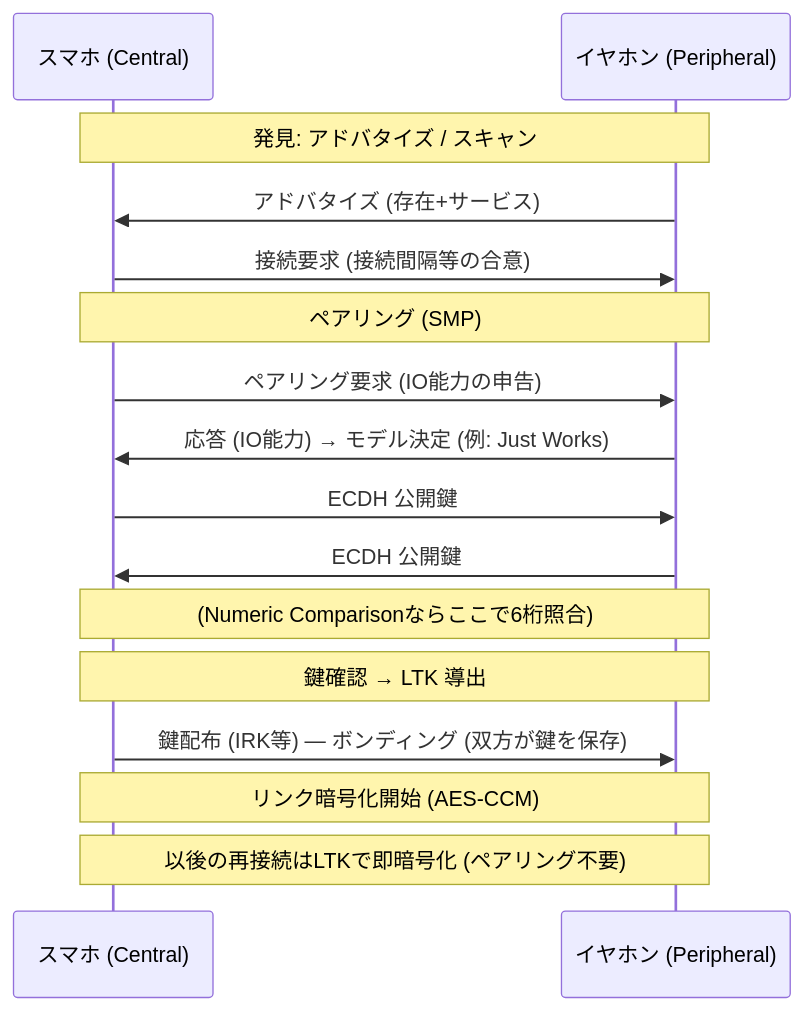
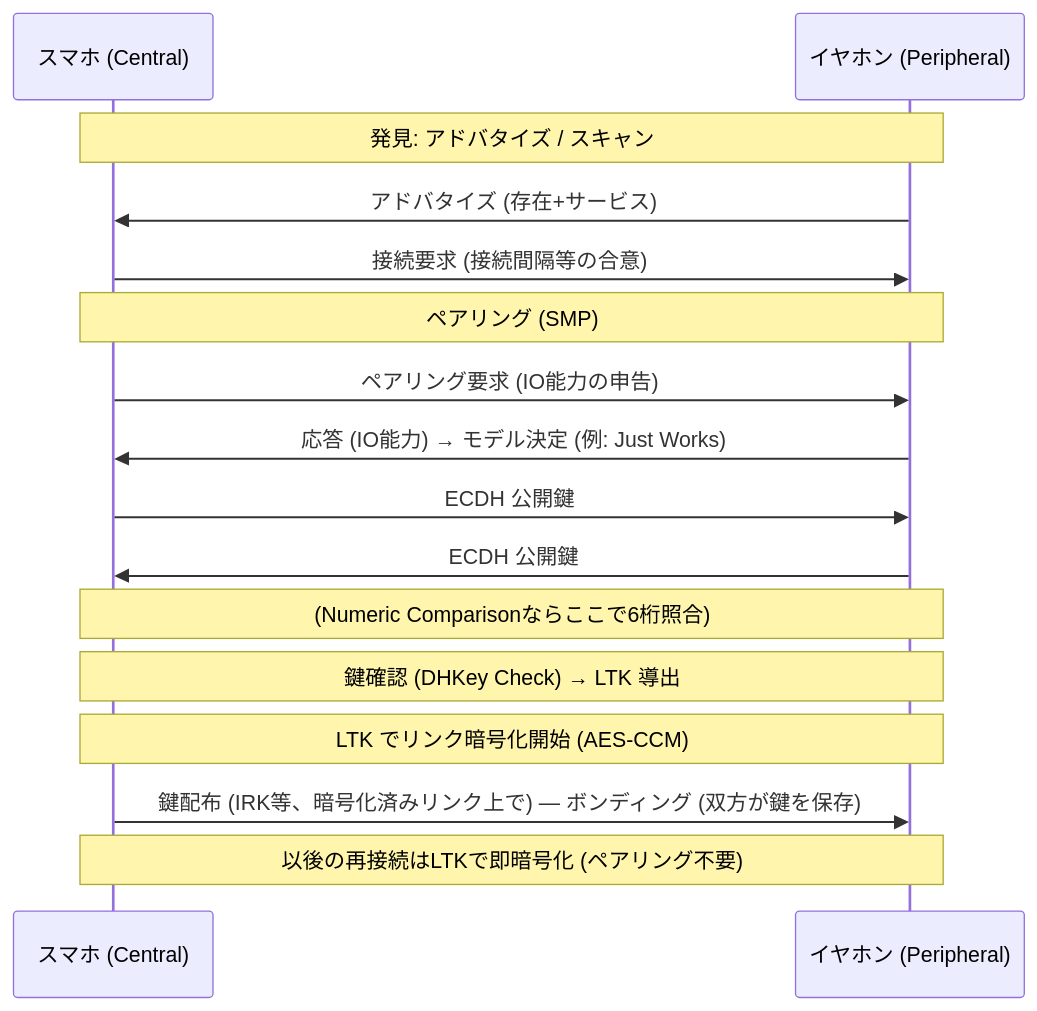
One commit to takukobachi/daedalus changed the second of 2 diagrams in hardware/peripherals/bluetooth-pairing-protocol.md. Above: the diagram before and after it, drawn with Mermaid. The commit also changed other lines of this file and 2 other files, not shown here.

````diff
--- a/hardware/peripherals/bluetooth-pairing-protocol.md
+++ b/hardware/peripherals/bluetooth-pairing-protocol.md
@@ -106,18 +106,18 @@
 ```mermaid
 sequenceDiagram
     participant P as スマホ (Central)
     participant E as イヤホン (Peripheral)
     Note over P,E: 発見: アドバタイズ / スキャン
     E->>P: アドバタイズ (存在+サービス)
     P->>E: 接続要求 (接続間隔等の合意)
     Note over P,E: ペアリング (SMP)
     P->>E: ペアリング要求 (IO能力の申告)
     E->>P: 応答 (IO能力) → モデル決定 (例: Just Works)
     P->>E: ECDH 公開鍵
     E->>P: ECDH 公開鍵
     Note over P,E: (Numeric Comparisonならここで6桁照合)
-    Note over P,E: 鍵確認 → LTK 導出
-    P->>E: 鍵配布 (IRK等) — ボンディング (双方が鍵を保存)
-    Note over P,E: リンク暗号化開始 (AES-CCM)
+    Note over P,E: 鍵確認 (DHKey Check) → LTK 導出
+    Note over P,E: LTK でリンク暗号化開始 (AES-CCM)
+    P->>E: 鍵配布 (IRK等、暗号化済みリンク上で) — ボンディング (双方が鍵を保存)
     Note over P,E: 以後の再接続はLTKで即暗号化 (ペアリング不要)
 ```
````
